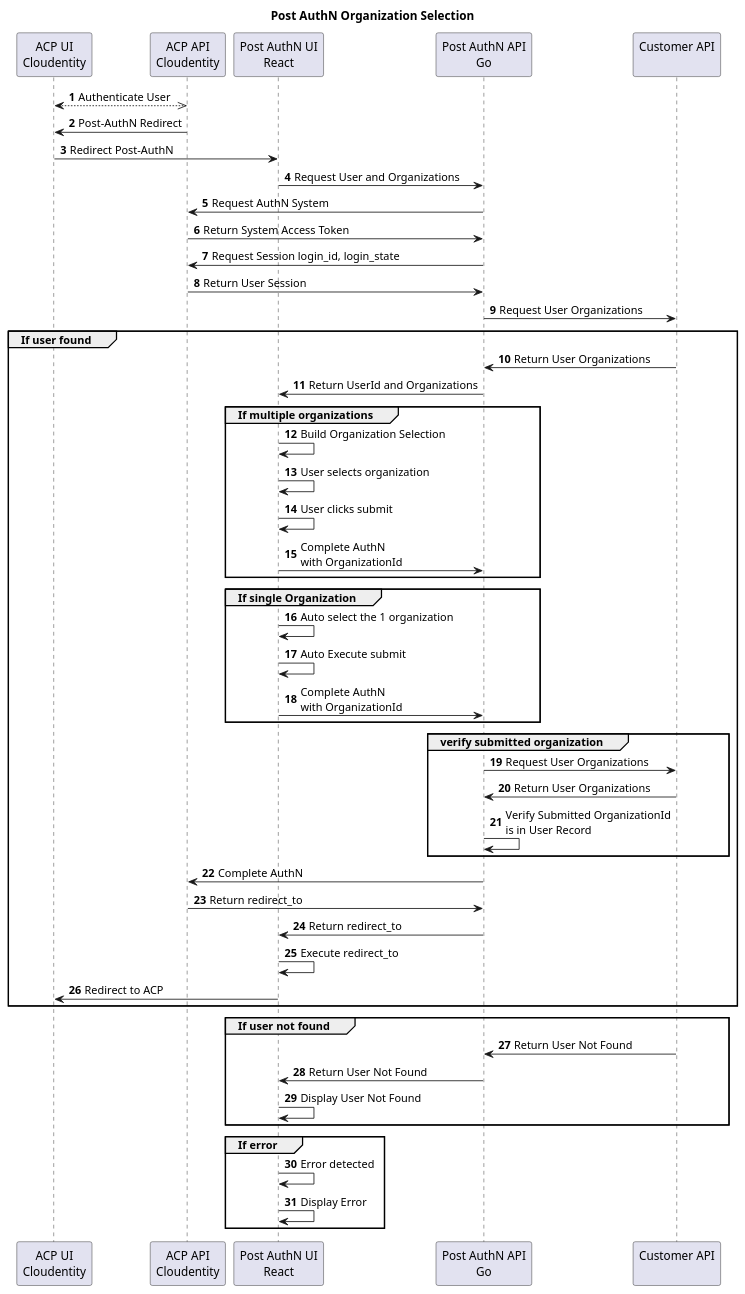
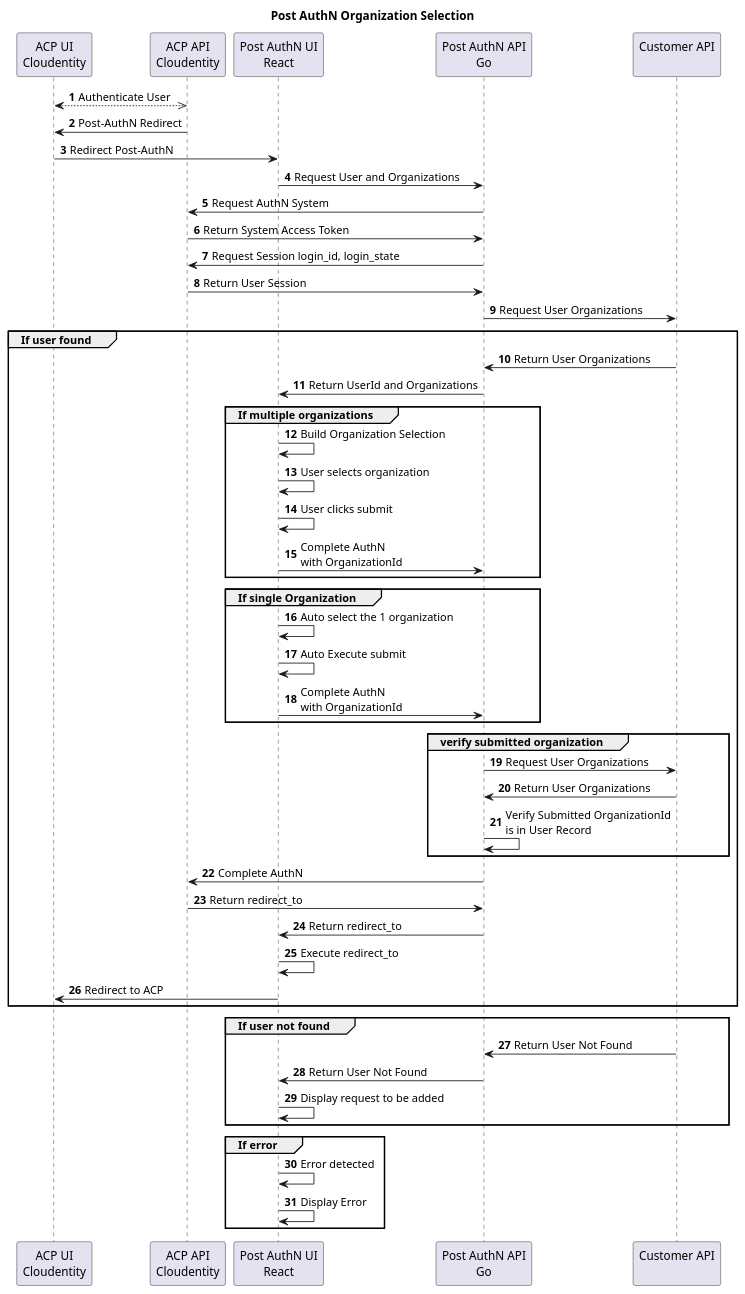
One commit to cloudentity/ce-samples-post-authn changed the diagram in ce-samples-post-authn-ui-react/docs/post-authn-flow.puml. Above: the diagram before and after it, drawn with PlantUML. The commit also changed 4 other files, not shown here.

```diff
--- a/ce-samples-post-authn-ui-react/docs/post-authn-flow.puml
+++ b/ce-samples-post-authn-ui-react/docs/post-authn-flow.puml
@@ -1,63 +1,63 @@
 @startuml
 
 title "Post AuthN Organization Selection"
 scale 1.09
 autonumber
 participant acp_ui as "ACP UI\nCloudentity" 
 participant acp_api as "ACP API\nCloudentity"
 participant post_authn_ui as "Post AuthN UI\nReact"
 participant post_authn_api as "Post AuthN API\nGo"
 participant customer_api as "Customer API\n"
 
 acp_ui <-->> acp_api: Authenticate User
 
 acp_ui <- acp_api: Post-AuthN Redirect
 post_authn_ui <- acp_ui: Redirect Post-AuthN 
 post_authn_ui -> post_authn_api: Request User and Organizations
 
 acp_api <- post_authn_api: Request AuthN System
 acp_api -> post_authn_api: Return System Access Token
 
 acp_api <- post_authn_api: Request Session login_id, login_state
 acp_api -> post_authn_api: Return User Session
 
 post_authn_api -> customer_api: Request User Organizations
 
 group If user found
   post_authn_api <- customer_api: Return User Organizations
   post_authn_ui <- post_authn_api: Return UserId and Organizations
   group If multiple organizations
     post_authn_ui -> post_authn_ui: Build Organization Selection
     post_authn_ui -> post_authn_ui: User selects organization
     post_authn_ui -> post_authn_ui: User clicks submit
     post_authn_ui -> post_authn_api: Complete AuthN\nwith OrganizationId
   end
   group If single Organization
     post_authn_ui -> post_authn_ui: Auto select the 1 organization
     post_authn_ui -> post_authn_ui: Auto Execute submit
     post_authn_ui -> post_authn_api: Complete AuthN\nwith OrganizationId
   end
   group verify submitted organization
     post_authn_api -> customer_api: Request User Organizations
     post_authn_api <- customer_api: Return User Organizations
     post_authn_api -> post_authn_api: Verify Submitted OrganizationId\nis in User Record
   end
   acp_api <- post_authn_api: Complete AuthN
   acp_api -> post_authn_api: Return redirect_to
   post_authn_ui <- post_authn_api: Return redirect_to
   post_authn_ui-> post_authn_ui: Execute redirect_to
   acp_ui <- post_authn_ui: Redirect to ACP
 end
 
 group If user not found
   post_authn_api <- customer_api: Return User Not Found
   post_authn_ui <- post_authn_api: Return User Not Found
-  post_authn_ui -> post_authn_ui: Display User Not Found
+  post_authn_ui -> post_authn_ui: Display request to be added
 end
 
 group If error
   post_authn_ui -> post_authn_ui: Error detected
   post_authn_ui -> post_authn_ui: Display Error
 end
 
 @enduml
```
